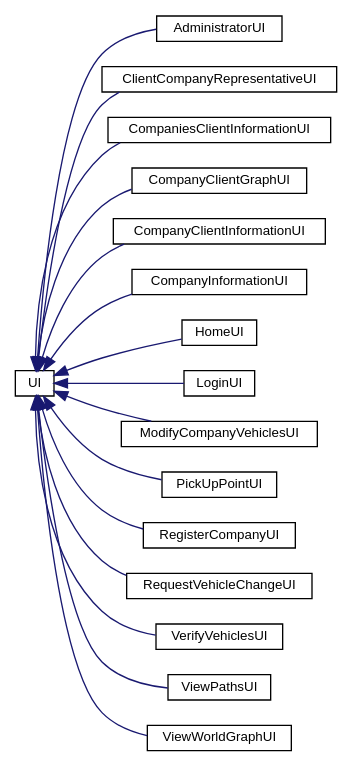
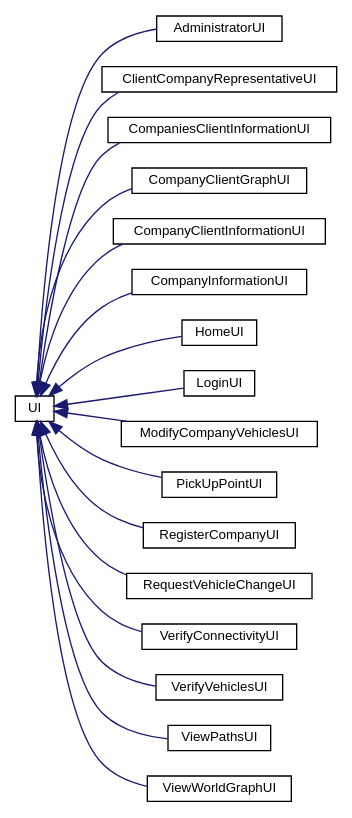
The diagram in inherit_graph_26.dot (ctrlMarcio/feup-cal-proj), drawn with Graphviz before and after one commit. The commit also changed 65 other files, not shown here.

```diff
--- a/inherit_graph_26.dot
+++ b/inherit_graph_26.dot
@@ -1,37 +1,39 @@
 digraph "Graphical Class Hierarchy"
 {
   edge [fontname="Helvetica",fontsize="10",labelfontname="Helvetica",labelfontsize="10"];
   node [fontname="Helvetica",fontsize="10",shape=record];
   rankdir="LR";
   Node0 [label="UI",height=0.2,width=0.4,color="black", fillcolor="white", style="filled",URL="$classUI.html"];
   Node0 -> Node1 [dir="back",color="midnightblue",fontsize="10",style="solid",fontname="Helvetica"];
   Node1 [label="AdministratorUI",height=0.2,width=0.4,color="black", fillcolor="white", style="filled",URL="$classAdministratorUI.html"];
   Node0 -> Node2 [dir="back",color="midnightblue",fontsize="10",style="solid",fontname="Helvetica"];
   Node2 [label="ClientCompanyRepresentativeUI",height=0.2,width=0.4,color="black", fillcolor="white", style="filled",URL="$classClientCompanyRepresentativeUI.html"];
   Node0 -> Node3 [dir="back",color="midnightblue",fontsize="10",style="solid",fontname="Helvetica"];
   Node3 [label="CompaniesClientInformationUI",height=0.2,width=0.4,color="black", fillcolor="white", style="filled",URL="$classCompaniesClientInformationUI.html"];
   Node0 -> Node4 [dir="back",color="midnightblue",fontsize="10",style="solid",fontname="Helvetica"];
   Node4 [label="CompanyClientGraphUI",height=0.2,width=0.4,color="black", fillcolor="white", style="filled",URL="$classCompanyClientGraphUI.html"];
   Node0 -> Node5 [dir="back",color="midnightblue",fontsize="10",style="solid",fontname="Helvetica"];
   Node5 [label="CompanyClientInformationUI",height=0.2,width=0.4,color="black", fillcolor="white", style="filled",URL="$classCompanyClientInformationUI.html"];
   Node0 -> Node6 [dir="back",color="midnightblue",fontsize="10",style="solid",fontname="Helvetica"];
   Node6 [label="CompanyInformationUI",height=0.2,width=0.4,color="black", fillcolor="white", style="filled",URL="$classCompanyInformationUI.html"];
   Node0 -> Node7 [dir="back",color="midnightblue",fontsize="10",style="solid",fontname="Helvetica"];
   Node7 [label="HomeUI",height=0.2,width=0.4,color="black", fillcolor="white", style="filled",URL="$classHomeUI.html"];
   Node0 -> Node8 [dir="back",color="midnightblue",fontsize="10",style="solid",fontname="Helvetica"];
   Node8 [label="LoginUI",height=0.2,width=0.4,color="black", fillcolor="white", style="filled",URL="$classLoginUI.html"];
   Node0 -> Node9 [dir="back",color="midnightblue",fontsize="10",style="solid",fontname="Helvetica"];
   Node9 [label="ModifyCompanyVehiclesUI",height=0.2,width=0.4,color="black", fillcolor="white", style="filled",URL="$classModifyCompanyVehiclesUI.html"];
   Node0 -> Node10 [dir="back",color="midnightblue",fontsize="10",style="solid",fontname="Helvetica"];
   Node10 [label="PickUpPointUI",height=0.2,width=0.4,color="black", fillcolor="white", style="filled",URL="$classPickUpPointUI.html"];
   Node0 -> Node11 [dir="back",color="midnightblue",fontsize="10",style="solid",fontname="Helvetica"];
   Node11 [label="RegisterCompanyUI",height=0.2,width=0.4,color="black", fillcolor="white", style="filled",URL="$classRegisterCompanyUI.html"];
   Node0 -> Node12 [dir="back",color="midnightblue",fontsize="10",style="solid",fontname="Helvetica"];
   Node12 [label="RequestVehicleChangeUI",height=0.2,width=0.4,color="black", fillcolor="white", style="filled",URL="$classRequestVehicleChangeUI.html"];
   Node0 -> Node13 [dir="back",color="midnightblue",fontsize="10",style="solid",fontname="Helvetica"];
-  Node13 [label="VerifyVehiclesUI",height=0.2,width=0.4,color="black", fillcolor="white", style="filled",URL="$classVerifyVehiclesUI.html"];
+  Node13 [label="VerifyConnectivityUI",height=0.2,width=0.4,color="black", fillcolor="white", style="filled",URL="$classVerifyConnectivityUI.html"];
   Node0 -> Node14 [dir="back",color="midnightblue",fontsize="10",style="solid",fontname="Helvetica"];
-  Node14 [label="ViewPathsUI",height=0.2,width=0.4,color="black", fillcolor="white", style="filled",URL="$classViewPathsUI.html"];
+  Node14 [label="VerifyVehiclesUI",height=0.2,width=0.4,color="black", fillcolor="white", style="filled",URL="$classVerifyVehiclesUI.html"];
   Node0 -> Node15 [dir="back",color="midnightblue",fontsize="10",style="solid",fontname="Helvetica"];
-  Node15 [label="ViewWorldGraphUI",height=0.2,width=0.4,color="black", fillcolor="white", style="filled",URL="$classViewWorldGraphUI.html"];
+  Node15 [label="ViewPathsUI",height=0.2,width=0.4,color="black", fillcolor="white", style="filled",URL="$classViewPathsUI.html"];
+  Node0 -> Node16 [dir="back",color="midnightblue",fontsize="10",style="solid",fontname="Helvetica"];
+  Node16 [label="ViewWorldGraphUI",height=0.2,width=0.4,color="black", fillcolor="white", style="filled",URL="$classViewWorldGraphUI.html"];
 }
```
